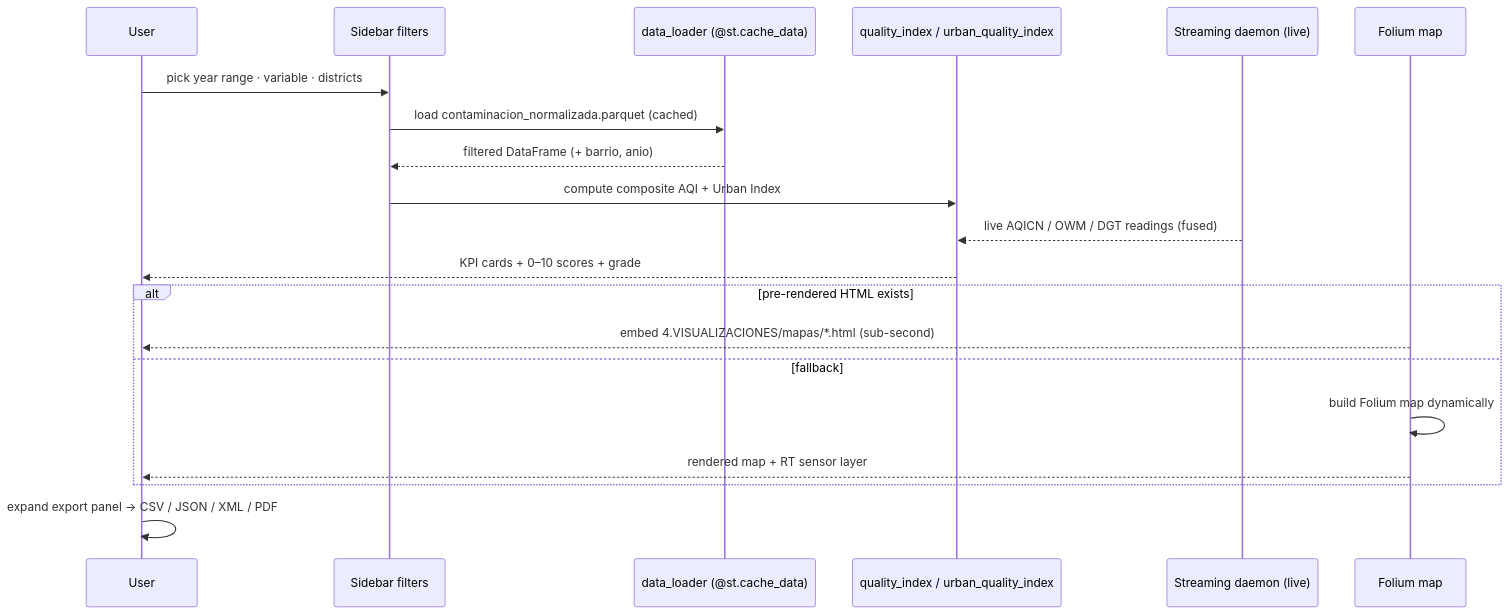
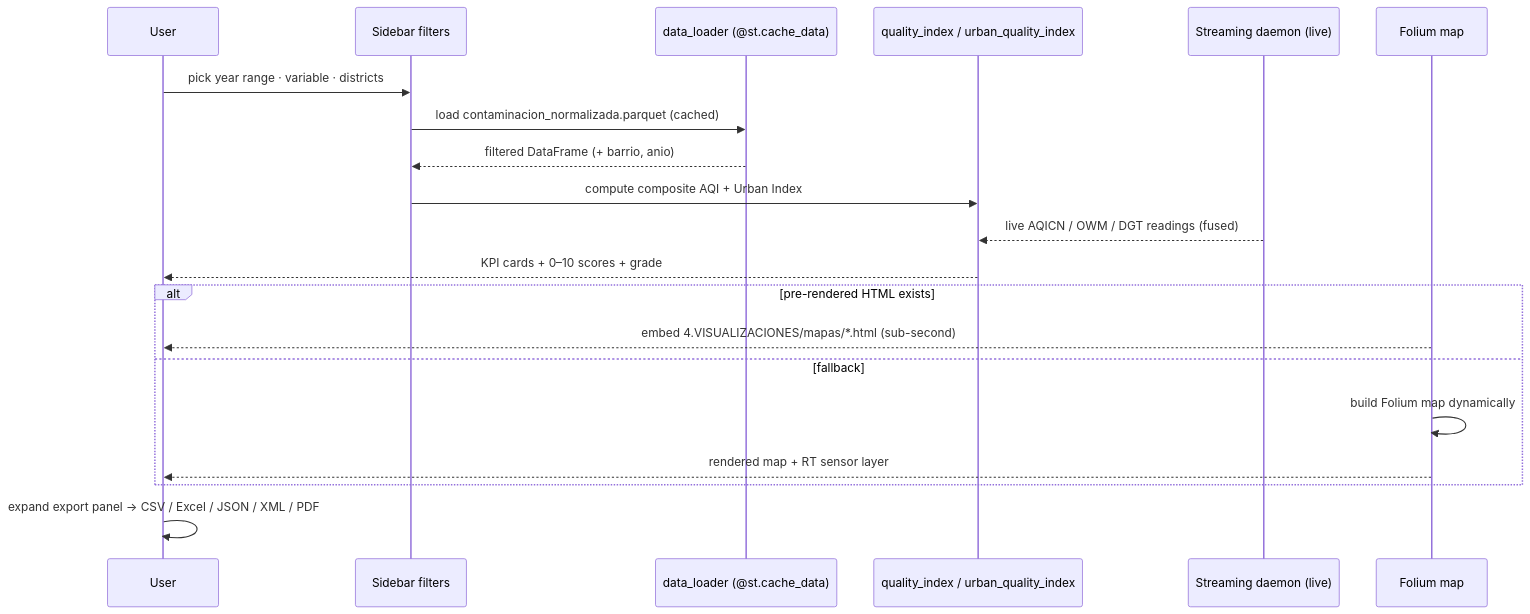
One commit to JoanOliver04/Data_Detective changed the second of 2 diagrams in README.md. Above: the diagram before and after it, drawn with Mermaid. The commit also changed other lines of this file and 1 other file, not shown here.

First line of the commit message:
docs: document Excel export, hardening and screenshot workflow

````diff
--- a/README.md
+++ b/README.md
@@ -144,23 +147,23 @@
 ```mermaid
 sequenceDiagram
     participant U as User
     participant SB as Sidebar filters
     participant DL as data_loader (@st.cache_data)
     participant QI as quality_index / urban_quality_index
     participant RT as Streaming daemon (live)
     participant MAP as Folium map
 
     U->>SB: pick year range · variable · districts
     SB->>DL: load contaminacion_normalizada.parquet (cached)
     DL-->>SB: filtered DataFrame (+ barrio, anio)
     SB->>QI: compute composite AQI + Urban Index
     RT-->>QI: live AQICN / OWM / DGT readings (fused)
     QI-->>U: KPI cards + 0–10 scores + grade
     alt pre-rendered HTML exists
         MAP-->>U: embed 4.VISUALIZACIONES/mapas/*.html (sub-second)
     else fallback
         MAP->>MAP: build Folium map dynamically
         MAP-->>U: rendered map + RT sensor layer
     end
-    U->>U: expand export panel → CSV / JSON / XML / PDF
+    U->>U: expand export panel → CSV / Excel / JSON / XML / PDF
 ```
````
